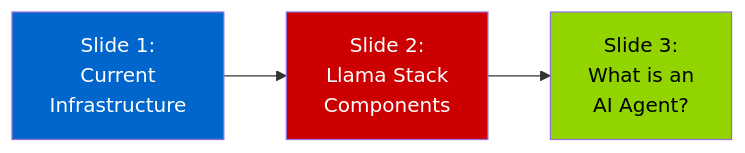
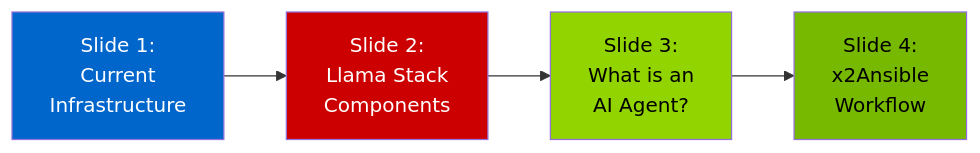
The first of 3 diagrams in EXECUTIVE-INDEX.md (robbybrodie/preso), drawn with Mermaid before and after one commit. The commit also changed other lines of this file and 2 other files, not shown here.

First line of the commit message:
Add Slide 4: x2Ansible User Workflow to executive deck

````diff
--- a/EXECUTIVE-INDEX.md
+++ b/EXECUTIVE-INDEX.md
@@ -14,9 +14,11 @@
 ```mermaid
 graph LR
     S1[Slide 1:<br/>Current<br/>Infrastructure] --> S2[Slide 2:<br/>Llama Stack<br/>Components]
     S2 --> S3[Slide 3:<br/>What is an<br/>AI Agent?]
+    S3 --> S4[Slide 4:<br/>x2Ansible<br/>Workflow]
     
     style S1 fill:#0066cc,color:#fff
     style S2 fill:#cc0000,color:#fff
     style S3 fill:#92d400,color:#000
+    style S4 fill:#76b900,color:#000
 ```
````
